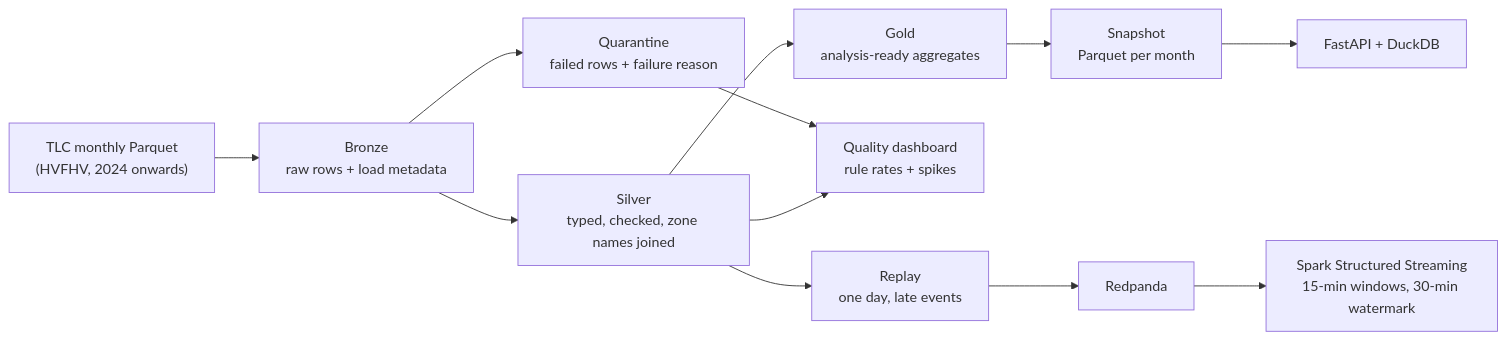
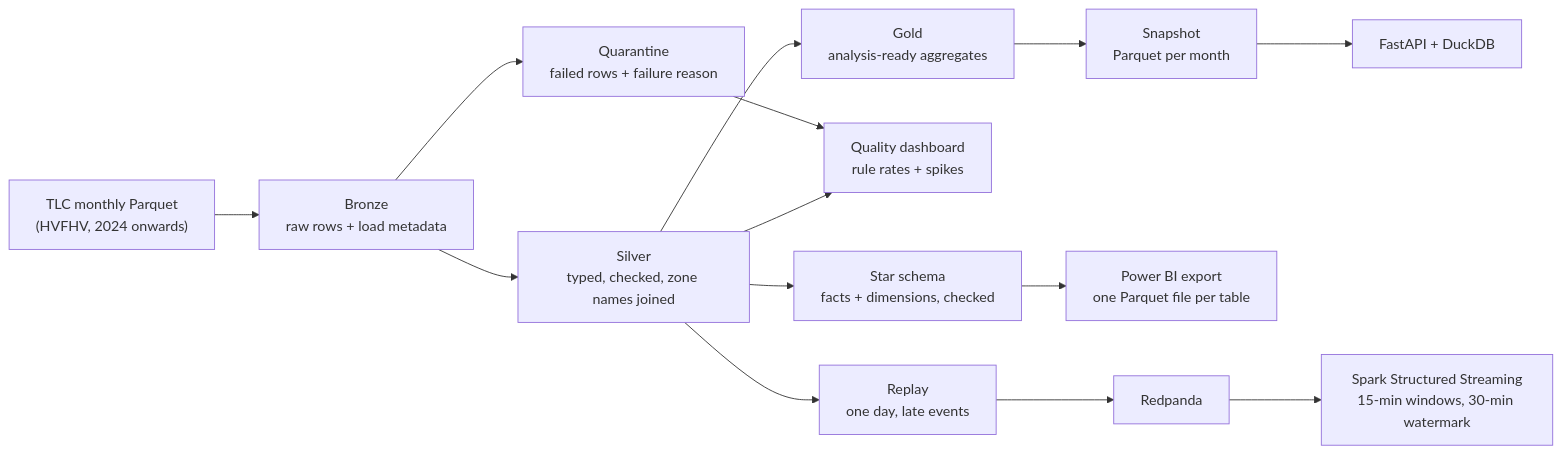
Before and after one commit to NafiulSaputra/mobility-lakehouse: the first of 2 diagrams in README.md, drawn with Mermaid. The commit also changed other lines of this file and 4 other files, not shown here.

Commit message:
docs: document the star schema and the Power BI export (ADR 0014)

````diff
--- a/README.md
+++ b/README.md
@@ -32,14 +32,16 @@
 ```mermaid
 flowchart LR
     SRC["TLC monthly Parquet<br/>(HVFHV, 2024 onwards)"] --> B["Bronze<br/>raw rows + load metadata"]
     B --> S["Silver<br/>typed, checked, zone names joined"]
     B --> Q["Quarantine<br/>failed rows + failure reason"]
     S --> G["Gold<br/>analysis-ready aggregates"]
     Q --> D["Quality dashboard<br/>rule rates + spikes"]
     S --> D
     G --> P["Snapshot<br/>Parquet per month"]
+    S --> SS["Star schema<br/>facts + dimensions, checked"]
+    SS --> PB["Power BI export<br/>one Parquet file per table"]
     P --> A["FastAPI + DuckDB"]
     S --> R["Replay<br/>one day, late events"]
     R --> K["Redpanda"]
     K --> ST["Spark Structured Streaming<br/>15-min windows, 30-min watermark"]
 ```
````
